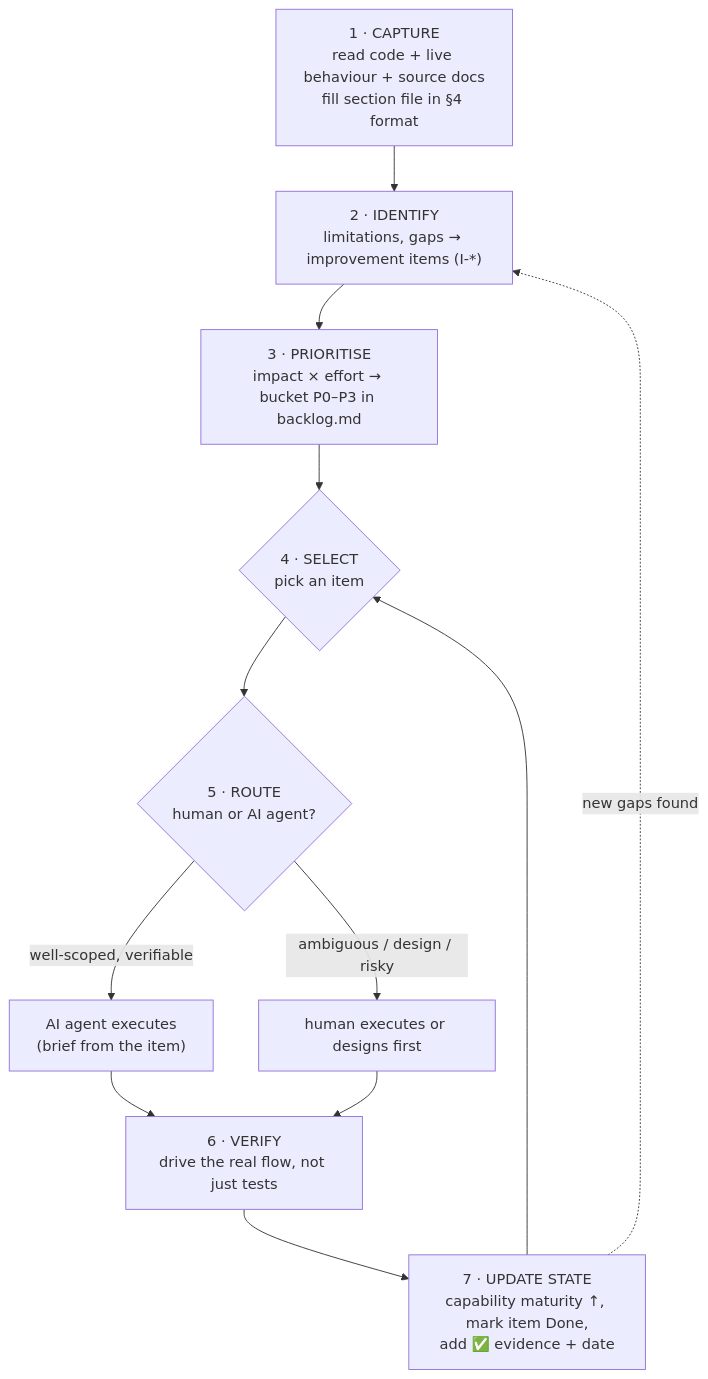
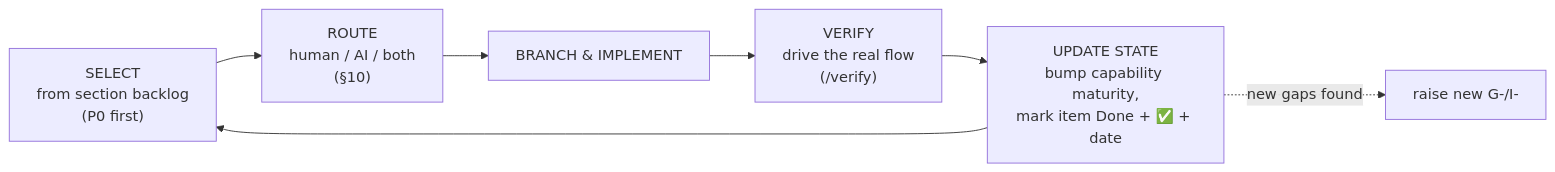
One commit to kavindadimuthu/busmate changed the diagram in docs/system-capability-audit/README.md. Above: the diagram before and after it, drawn with Mermaid. The commit also changed other lines of this file and 14 other files, not shown here.

````diff
--- a/docs/system-capability-audit/README.md
+++ b/docs/system-capability-audit/README.md
@@ -248,14 +209,9 @@
 ```mermaid
-flowchart TD
-    A["1 · CAPTURE<br/>read code + live behaviour + source docs<br/>fill section file in §4 format"] --> B["2 · IDENTIFY<br/>limitations, gaps → improvement items (I-*)"]
-    B --> C["3 · PRIORITISE<br/>impact × effort → bucket P0–P3 in backlog.md"]
-    C --> D{"4 · SELECT<br/>pick an item"}
-    D --> E{"5 · ROUTE<br/>human or AI agent?"}
-    E -->|"well-scoped, verifiable"| F["AI agent executes<br/>(brief from the item)"]
-    E -->|"ambiguous / design / risky"| G["human executes or designs first"]
-    F --> H["6 · VERIFY<br/>drive the real flow, not just tests"]
-    G --> H
-    H --> I["7 · UPDATE STATE<br/>capability maturity ↑, mark item Done,<br/>add ✅ evidence + date"]
-    I --> D
-    I -.new gaps found.-> B
+flowchart LR
+    A["SELECT<br/>from section backlog<br/>(P0 first)"] --> B["ROUTE<br/>human / AI / both<br/>(§10)"]
+    B --> C["BRANCH & IMPLEMENT"]
+    C --> D["VERIFY<br/>drive the real flow<br/>(/verify)"]
+    D --> E["UPDATE STATE<br/>bump capability maturity,<br/>mark item Done + ✅ + date"]
+    E -.new gaps found.-> F["raise new G-/I-"]
+    E --> A
 ```
````
